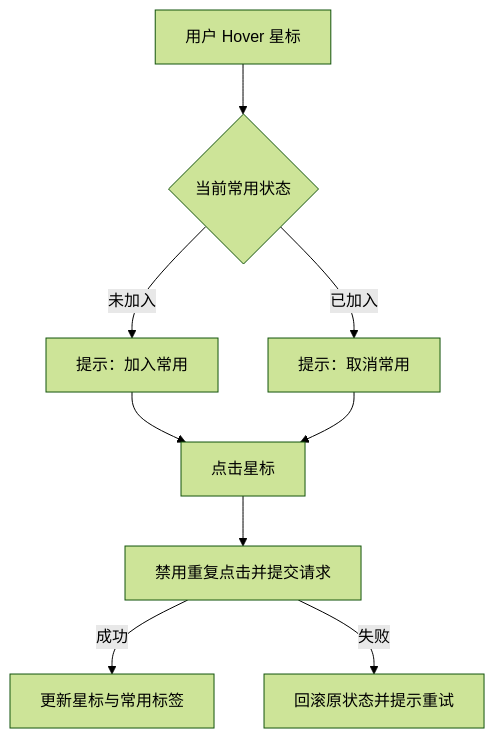
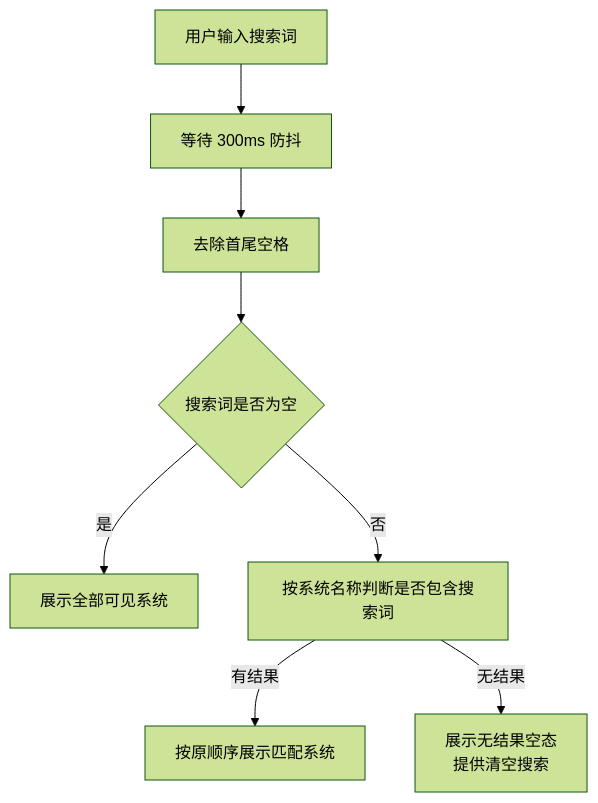
The fifth of 7 diagrams in docs/需求文档/20260716-【PRD】AI工作台-系统入口-天马智擎.md (fri555/PORTL), drawn with Mermaid (forest theme) before and after one commit. The commit also changed other lines of this file, not shown here.

```diff
--- a/docs/需求文档/20260716-【PRD】AI工作台-系统入口-天马智擎.md
+++ b/docs/需求文档/20260716-【PRD】AI工作台-系统入口-天马智擎.md
@@ -439,11 +430,10 @@
 ~~~mermaid
 flowchart TD
-    A["用户 Hover 星标"] --> B{"当前常用状态"}
-    B -->|未加入| C["提示：加入常用"]
-    B -->|已加入| D["提示：取消常用"]
-    C --> E["点击星标"]
-    D --> E
-    E --> F["禁用重复点击并提交请求"]
-    F -->|成功| G["更新星标与常用标签"]
-    F -->|失败| H["回滚原状态并提示重试"]
+    A["用户输入搜索词"] --> B["等待 300ms 防抖"]
+    B --> C["去除首尾空格"]
+    C --> D{"搜索词是否为空"}
+    D -->|是| E["展示全部可见系统"]
+    D -->|否| F["按系统名称判断是否包含搜索词"]
+    F -->|有结果| G["按原顺序展示匹配系统"]
+    F -->|无结果| H["展示无结果空态<br/>提供清空搜索"]
 ~~~
```
